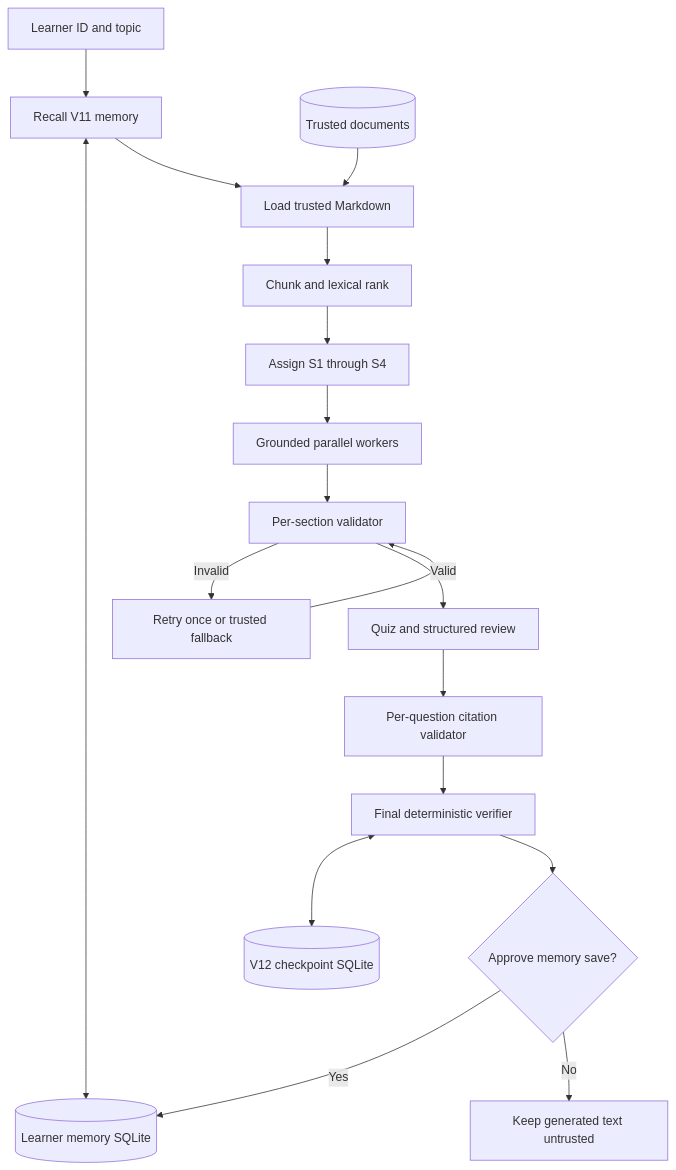
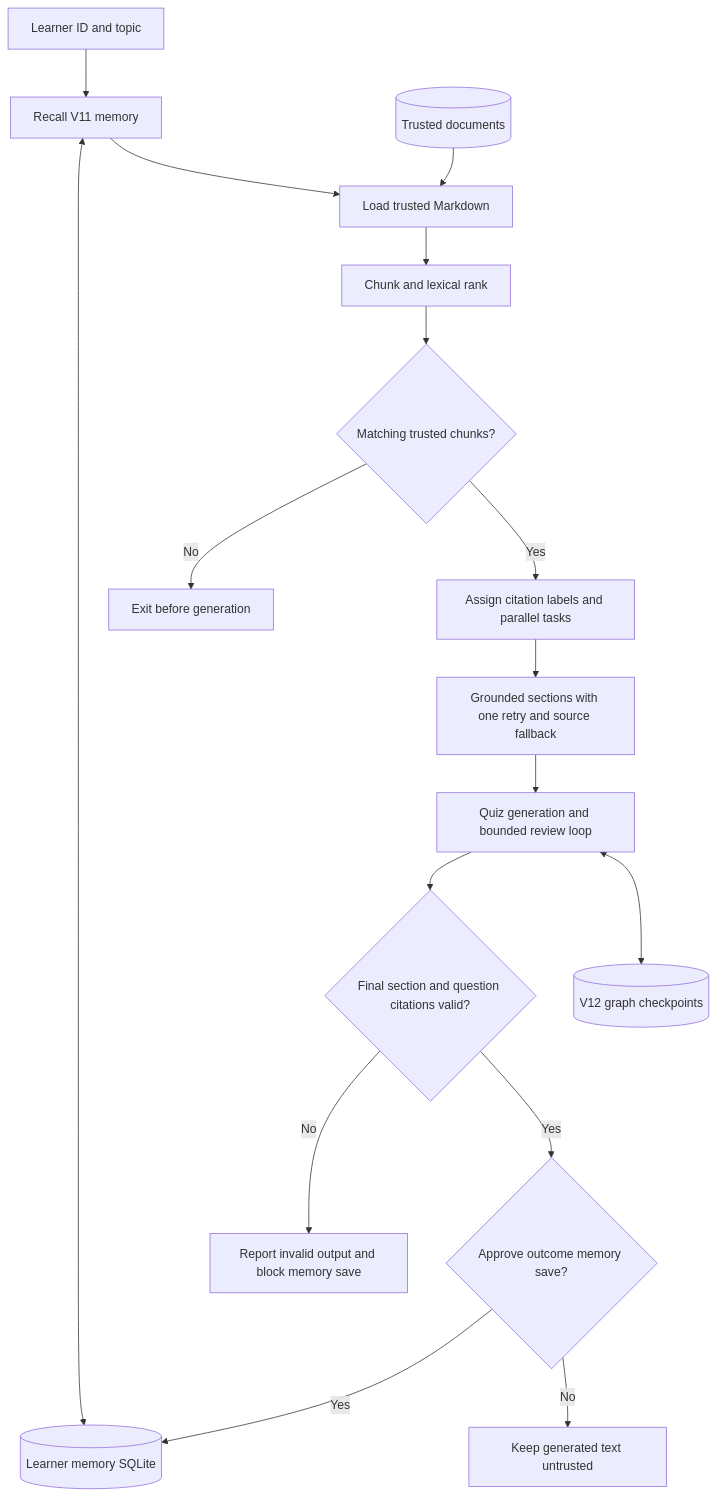
Diagram 14 of 20 in docs/ARCHITECTURE.md (anne500/multi-agent-study-guide), drawn with Mermaid before and after one commit. The commit also changed other lines of this file and 6 other files, not shown here.

Commit message:
Audit V1-V17 architecture and correct documented control flow

````diff
--- a/docs/ARCHITECTURE.md
+++ b/docs/ARCHITECTURE.md
@@ -246,20 +253,19 @@
 ```mermaid
 flowchart TD
     A[Learner ID and topic] --> B[Recall V11 memory]
     B <--> C[(Learner memory SQLite)]
     B --> D[Load trusted Markdown]
     E[(Trusted documents)] --> D
     D --> F[Chunk and lexical rank]
-    F --> G[Assign S1 through S4]
-    G --> H[Grounded parallel workers]
-    H --> I[Per-section validator]
-    I -->|Invalid| J[Retry once or trusted fallback]
-    J --> I
-    I -->|Valid| K[Quiz and structured review]
-    K --> L[Per-question citation validator]
-    L --> M[Final deterministic verifier]
-    M <--> N[(V12 checkpoint SQLite)]
-    M --> O{Approve memory save?}
+    F --> G{Matching trusted chunks?}
+    G -->|No| Q[Exit before generation]
+    G -->|Yes| H[Assign citation labels and parallel tasks]
+    H --> I[Grounded sections with one retry and source fallback]
+    I --> K[Quiz generation and bounded review loop]
+    K --> M{Final section and question citations valid?}
+    K <--> N[(V12 graph checkpoints)]
+    M -->|No| R[Report invalid output and block memory save]
+    M -->|Yes| O{Approve outcome memory save?}
     O -->|Yes| C
     O -->|No| P[Keep generated text untrusted]
 ```
````
